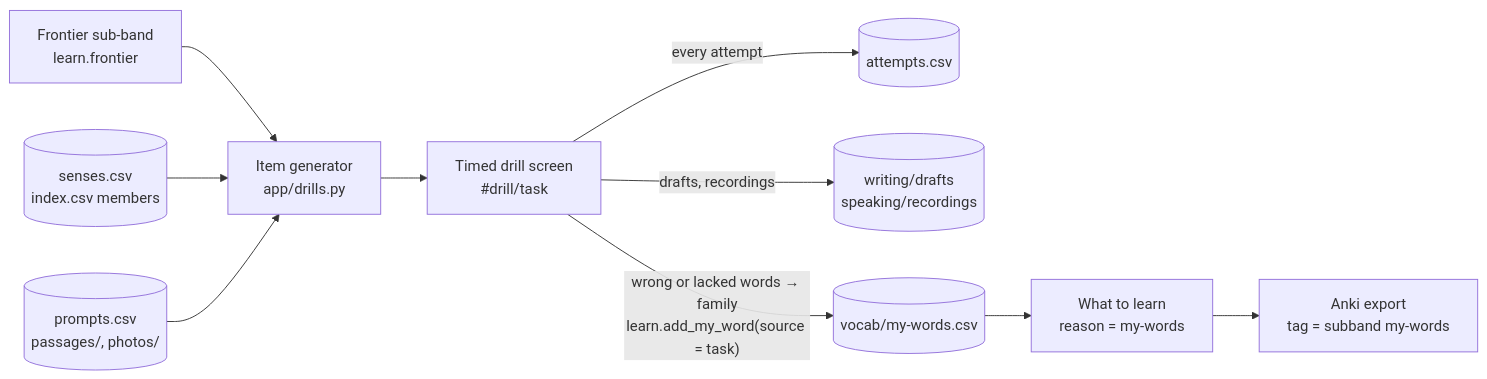
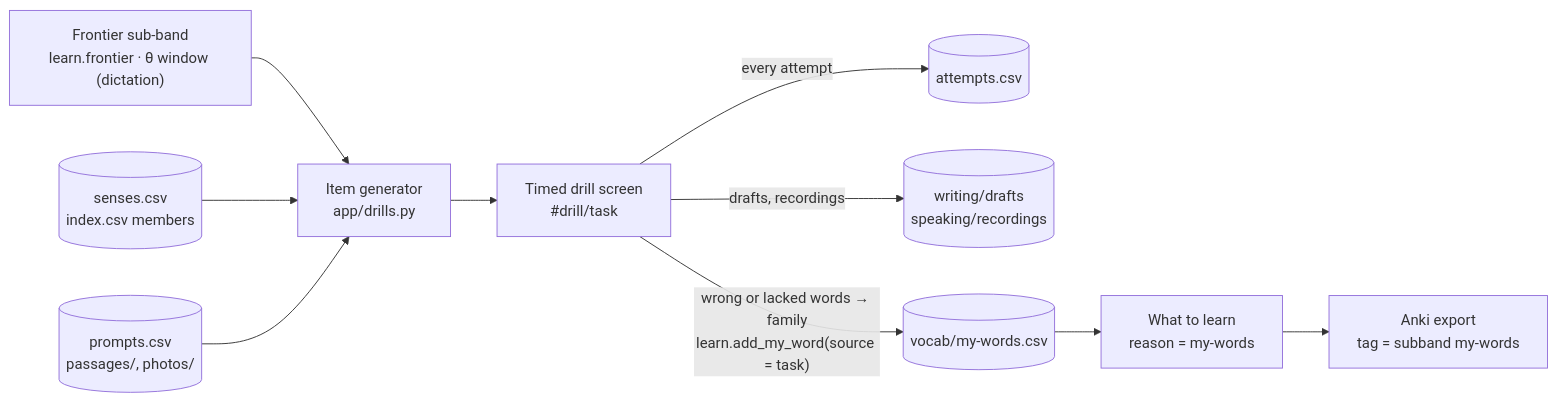
The first of 2 diagrams in practice/README.md (nhanpc/DET), drawn with Mermaid before and after one commit. The commit also changed other lines of this file and 17 other files, not shown here.

````diff
--- a/practice/README.md
+++ b/practice/README.md
@@ -37,11 +37,11 @@
 ```mermaid
 flowchart LR
-    F[Frontier sub-band<br/>learn.frontier] --> G[Item generator<br/>app/drills.py]
+    F["Frontier sub-band<br/>learn.frontier · θ window (dictation)"] --> G[Item generator<br/>app/drills.py]
     S[(senses.csv<br/>index.csv members)] --> G
     P[(prompts.csv<br/>passages/, photos/)] --> G
     G --> D[Timed drill screen<br/>#drill/task]
     D -->|"every attempt"| A[(attempts.csv)]
     D -->|"drafts, recordings"| K[(writing/drafts<br/>speaking/recordings)]
     D -->|"wrong or lacked words → family<br/>learn.add_my_word(source = task)"| M[(vocab/my-words.csv)]
     M --> L[What to learn<br/>reason = my-words] --> X[Anki export<br/>tag = subband my-words]
 ```
````
